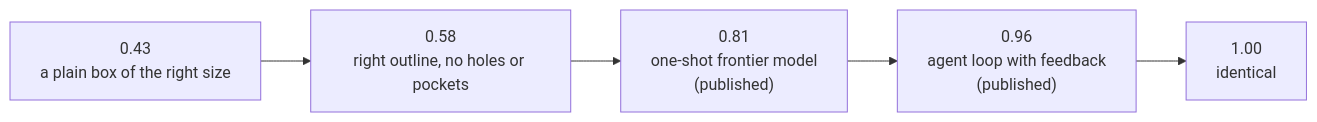
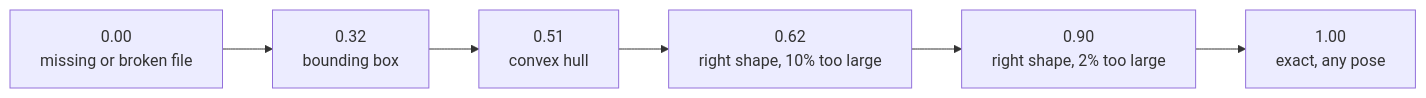
The diagram in docs/SCOREBOARD.md (rumutaydin/sphere-forge-agent), drawn with Mermaid before and after one commit. The commit also changed other lines of this file and 236 other files, not shown here.

````diff
--- a/docs/SCOREBOARD.md
+++ b/docs/SCOREBOARD.md
@@ -7,7 +23,8 @@
 ```mermaid
 flowchart LR
-    F0["0.43<br/>a plain box of the right size"] --> F1["0.58<br/>right outline, no holes or pockets"]
-    F1 --> F2["0.81<br/>one-shot frontier model<br/>(published)"]
-    F2 --> F3["0.96<br/>agent loop with feedback<br/>(published)"]
-    F3 --> F4["1.00<br/>identical"]
+    A["0.00<br/>missing or broken file"] --> B["0.32<br/>bounding box"]
+    B --> C["0.51<br/>convex hull"]
+    C --> D["0.62<br/>right shape, 10% too large"]
+    D --> E["0.90<br/>right shape, 2% too large"]
+    E --> F["1.00<br/>exact, any pose"]
 ```
````
